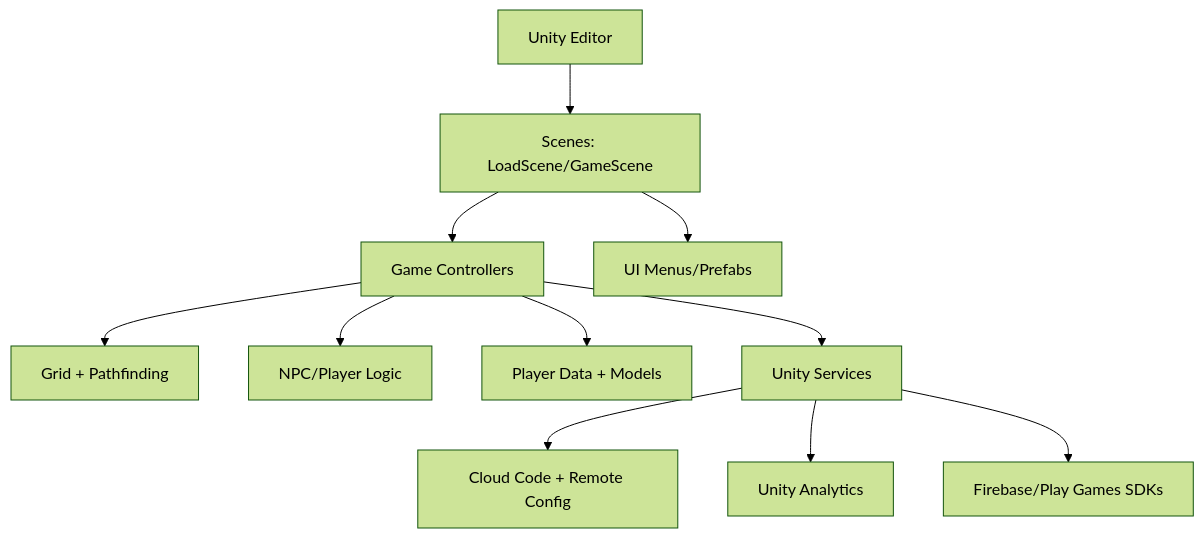
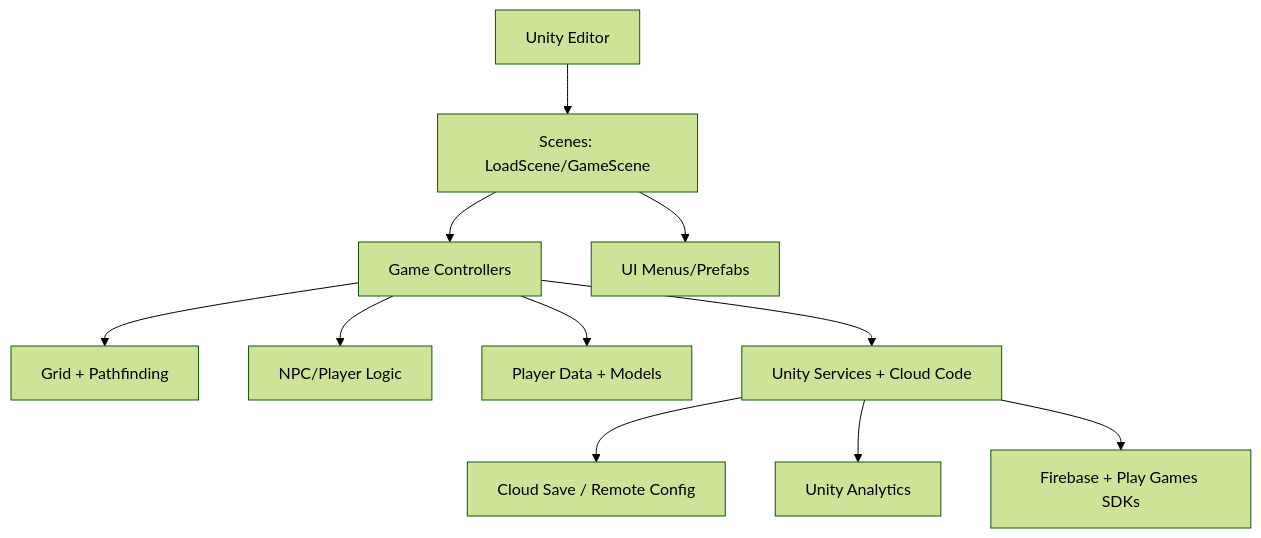
Before and after one commit to mgierschdev/unity-restaurant-simulation: the diagram in README.md, drawn with Mermaid (forest theme). The commit also changed other lines of this file and 1 other file, not shown here.

````diff
--- a/README.md
+++ b/README.md
@@ -25,13 +26,13 @@
 ```mermaid
 flowchart TD
   Editor[Unity Editor] --> Scenes[Scenes: LoadScene/GameScene]
   Scenes --> Controllers[Game Controllers]
   Scenes --> UI[UI Menus/Prefabs]
   Controllers --> Grid[Grid + Pathfinding]
   Controllers --> NPC[NPC/Player Logic]
   Controllers --> Data[Player Data + Models]
-  Controllers --> Services[Unity Services]
-  Services --> CloudCode[Cloud Code + Remote Config]
+  Controllers --> Services[Unity Services + Cloud Code]
+  Services --> CloudSave[Cloud Save / Remote Config]
   Services --> Analytics[Unity Analytics]
-  Services --> Firebase[Firebase/Play Games SDKs]
+  Services --> Firebase[Firebase + Play Games SDKs]
 ```
````
